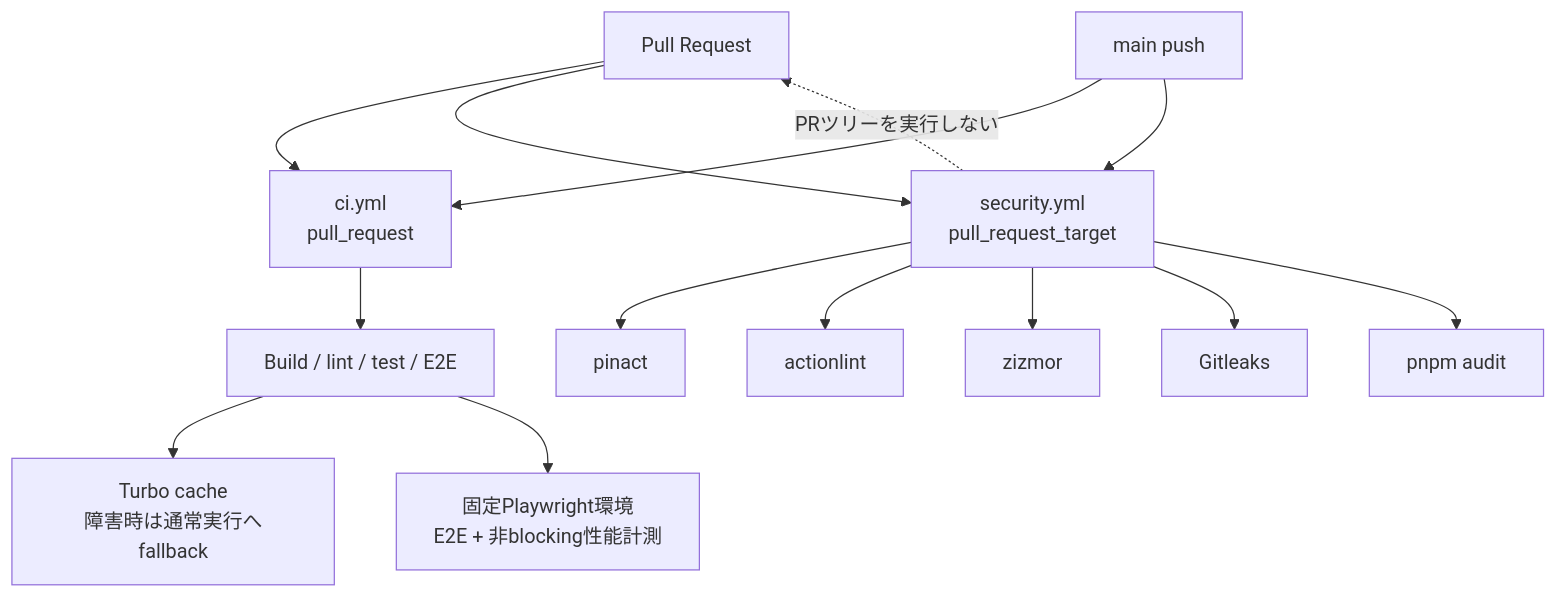
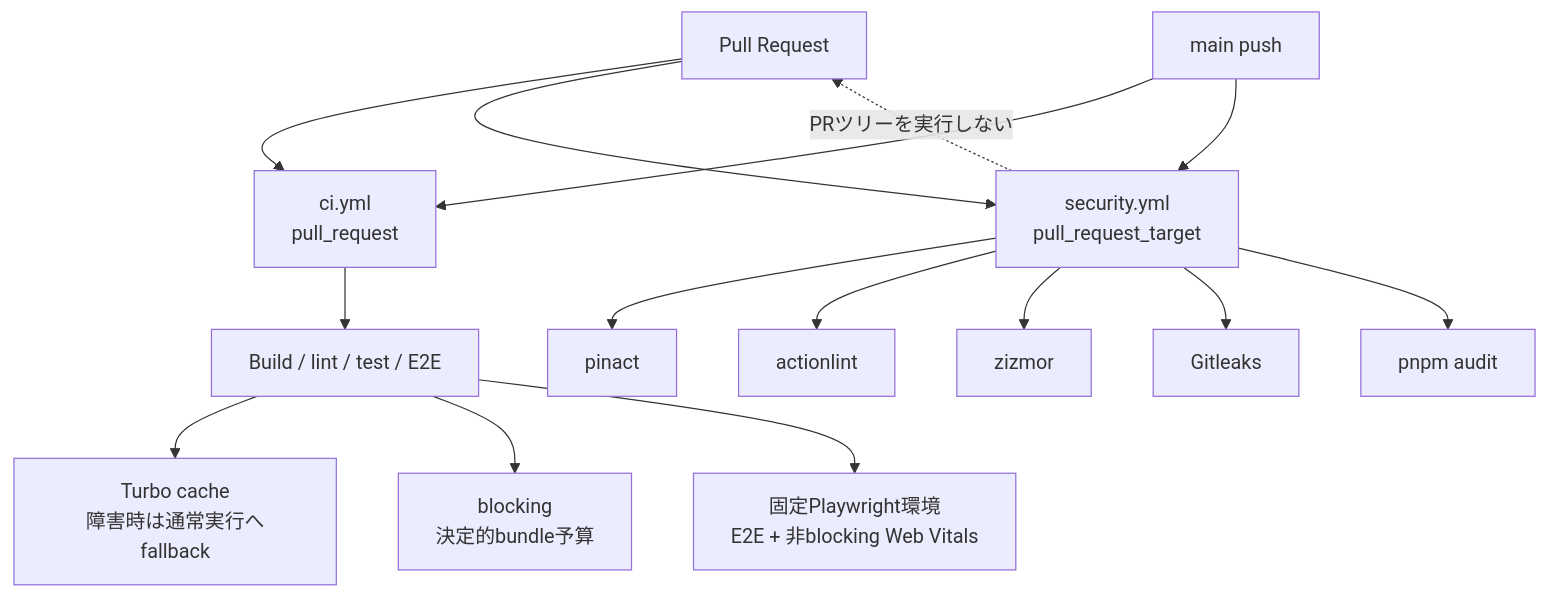
Before and after one commit to r4ai/news-podcast: the first of 2 diagrams in docs/ci.md, drawn with Mermaid. The commit also changed other lines of this file and 8 other files, not shown here.

Commit message:
ci(web): enforce deterministic bundle budgets (#69)

````diff
--- a/docs/ci.md
+++ b/docs/ci.md
@@ -5,16 +5,17 @@
 ```mermaid
 flowchart TD
   PR[Pull Request] --> CI[ci.yml<br/>pull_request]
   PR --> SEC[security.yml<br/>pull_request_target]
   PUSH[main push] --> CI
   PUSH --> SEC
   CI --> TEST[Build / lint / test / E2E]
   TEST --> CACHE[Turbo cache<br/>障害時は通常実行へfallback]
-  TEST --> BROWSER[固定Playwright環境<br/>E2E + 非blocking性能計測]
+  TEST --> BUNDLE[blocking<br/>決定的bundle予算]
+  TEST --> BROWSER[固定Playwright環境<br/>E2E + 非blocking Web Vitals]
   SEC --> PIN[pinact]
   SEC --> LINT[actionlint]
   SEC --> ZIZ[zizmor]
   SEC --> LEAK[Gitleaks]
   SEC --> AUDIT[pnpm audit]
   SEC -.->|PRツリーを実行しない| PR
 ```
````
